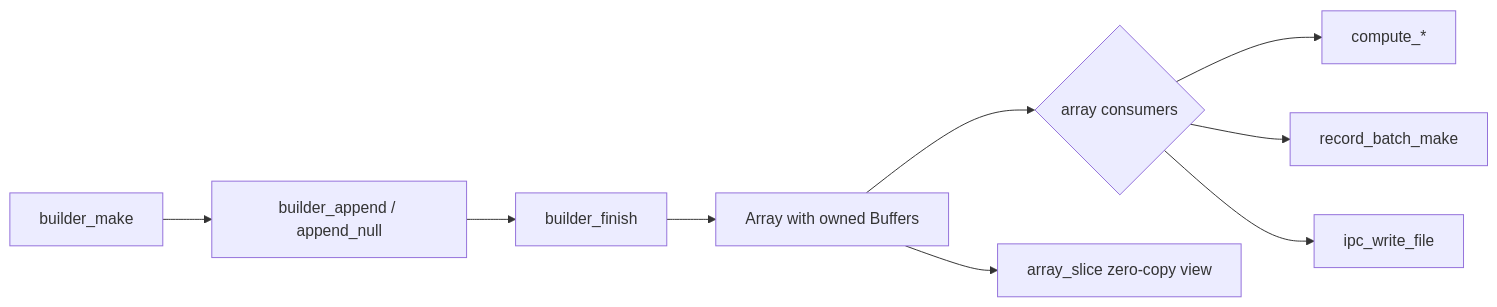
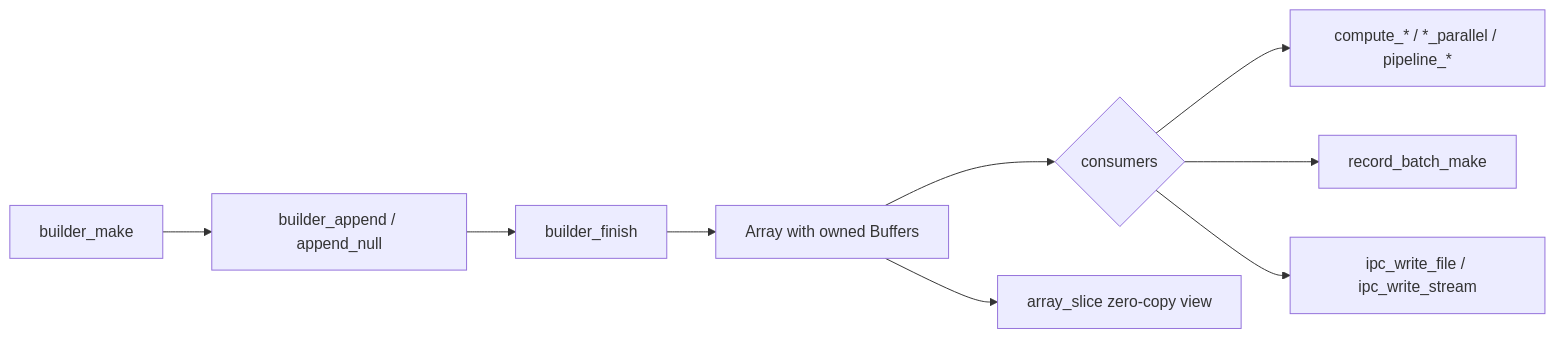
Before and after one commit to boxxxie/OdinArrow: the first of 3 diagrams in docs/Cursor.md, drawn with Mermaid. The commit also changed other lines of this file and 5 other files, not shown here.

````diff
--- a/docs/Cursor.md
+++ b/docs/Cursor.md
@@ -420,11 +281,11 @@
 ```mermaid
 flowchart LR
     A[builder_make] --> B[builder_append / append_null]
     B --> C[builder_finish]
     C --> D[Array with owned Buffers]
-    D --> E{array consumers}
-    E --> F[compute_*]
+    D --> E{consumers}
+    E --> F[compute_* / *_parallel / pipeline_*]
     E --> G[record_batch_make]
-    E --> H[ipc_write_file]
+    E --> H[ipc_write_file / ipc_write_stream]
     D --> I[array_slice zero-copy view]
 ```
````
